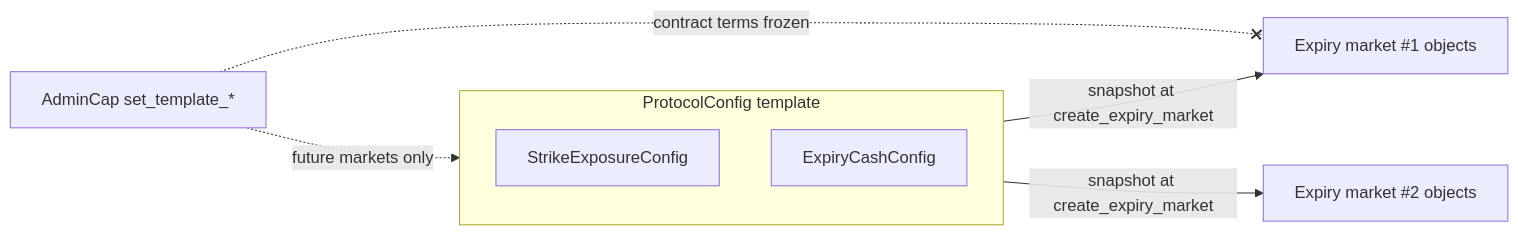
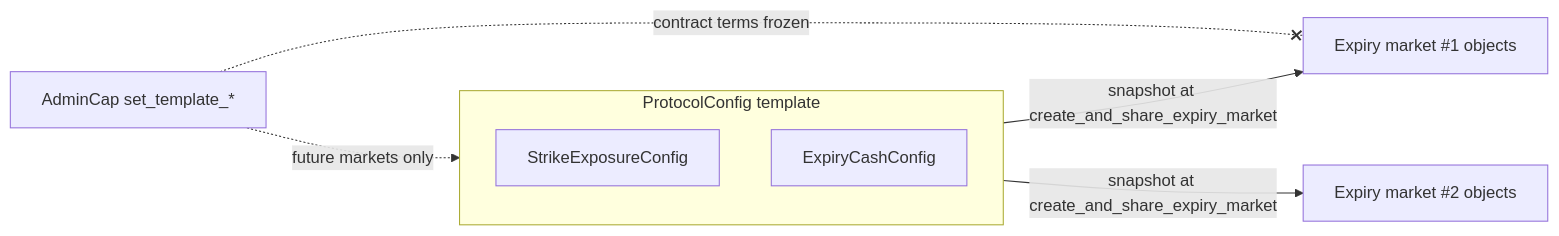
The diagram in packages/predict/docs/design/configuration.md (MystenLabs/deepbookv3), drawn with Mermaid before and after one commit. The commit also changed other lines of this file and 24 other files, not shown here.

````diff
--- a/packages/predict/docs/design/configuration.md
+++ b/packages/predict/docs/design/configuration.md
@@ -39,11 +39,11 @@
 ```mermaid
 flowchart LR
     subgraph PC[ProtocolConfig template]
       SEC[StrikeExposureConfig]
       ECC[ExpiryCashConfig]
     end
-    PC -- snapshot at create_expiry_market --> M1[Expiry market #1 objects]
-    PC -- snapshot at create_expiry_market --> M2[Expiry market #2 objects]
+    PC -- snapshot at create_and_share_expiry_market --> M1[Expiry market #1 objects]
+    PC -- snapshot at create_and_share_expiry_market --> M2[Expiry market #2 objects]
     admin[AdminCap set_template_*] -. future markets only .-> PC
     admin -. contract terms frozen .-x M1
 ```
````
